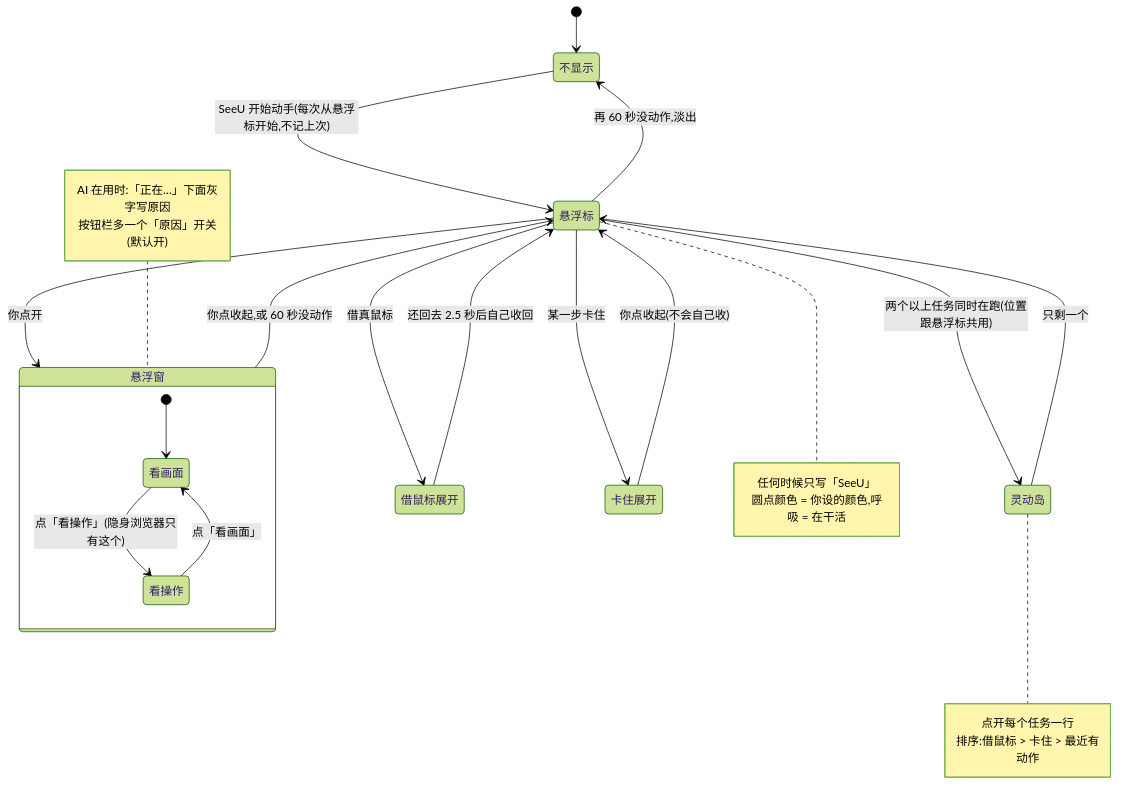
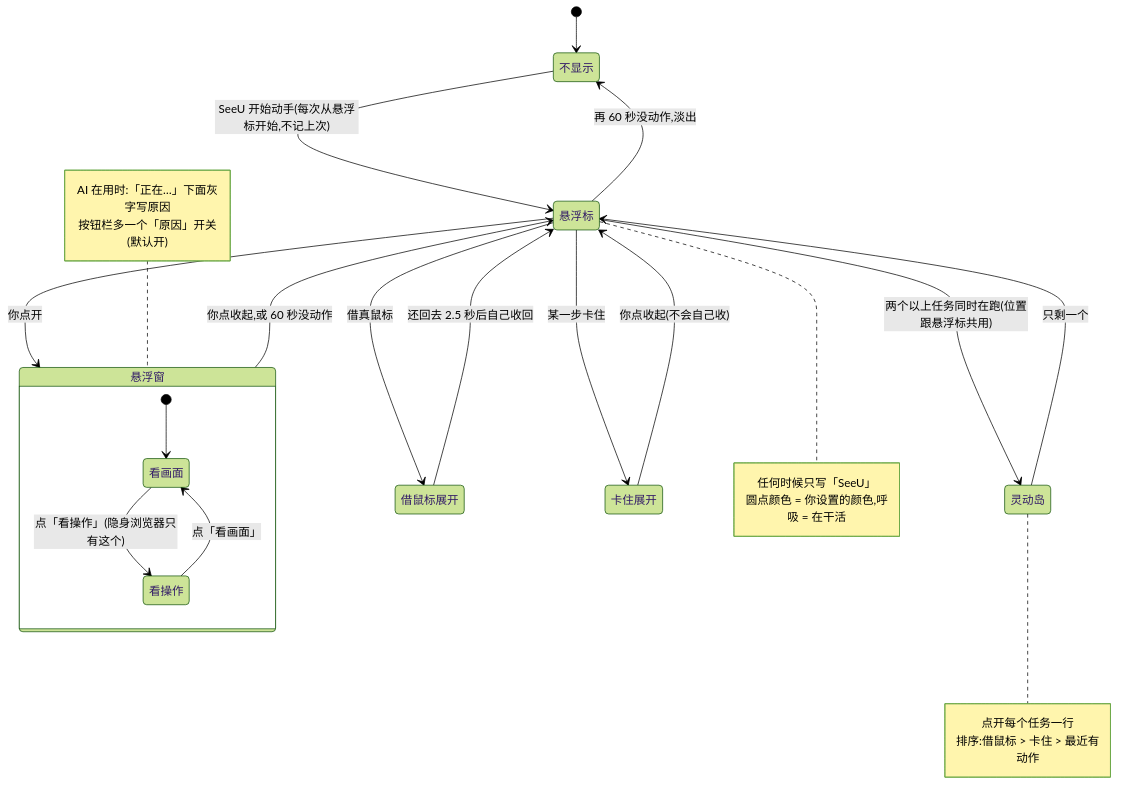
One commit to Mr-Bingoo/seeu-computeruse changed the eighth of 10 diagrams in docs/SeeU-业务图.zh-CN.md. Above: the diagram before and after it, drawn with Mermaid (forest theme). The commit also changed other lines of this file and 18 other files, not shown here.

````diff
--- a/docs/SeeU-业务图.zh-CN.md
+++ b/docs/SeeU-业务图.zh-CN.md
@@ -324,39 +324,39 @@
 ```mermaid
 stateDiagram-v2
   None: 不显示
   Badge: 悬浮标
   Win: 悬浮窗
   Borrow: 借鼠标展开
   Stuck: 卡住展开
   Island: 灵动岛
   [*] --> None
   None --> Badge: SeeU 开始动手(每次从悬浮标开始,不记上次)
   Badge --> Win: 你点开
   Win --> Badge: 你点收起,或 60 秒没动作
   Badge --> None: 再 60 秒没动作,淡出
   Badge --> Borrow: 借真鼠标
   Borrow --> Badge: 还回去 2.5 秒后自己收回
   Badge --> Stuck: 某一步卡住
   Stuck --> Badge: 你点收起(不会自己收)
   state Win {
     Live: 看画面
     Steps: 看操作
     [*] --> Live
     Live --> Steps: 点「看操作」(隐身浏览器只有这个)
     Steps --> Live: 点「看画面」
   }
   Badge --> Island: 两个以上任务同时在跑(位置跟悬浮标共用)
   Island --> Badge: 只剩一个
   note right of Badge
     任何时候只写「SeeU」
-    圆点颜色 = 你设的颜色,呼吸 = 在干活
+    圆点颜色 = 你设置的颜色,呼吸 = 在干活
   end note
   note left of Win
     AI 在用时:「正在…」下面灰字写原因
     按钮栏多一个「原因」开关(默认开)
   end note
   note right of Island
     点开每个任务一行
     排序:借鼠标 > 卡住 > 最近有动作
   end note
 ```
````
